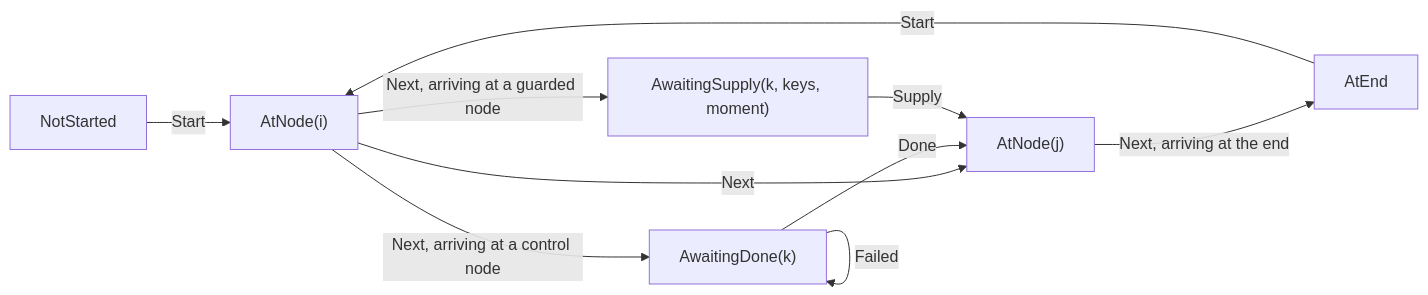
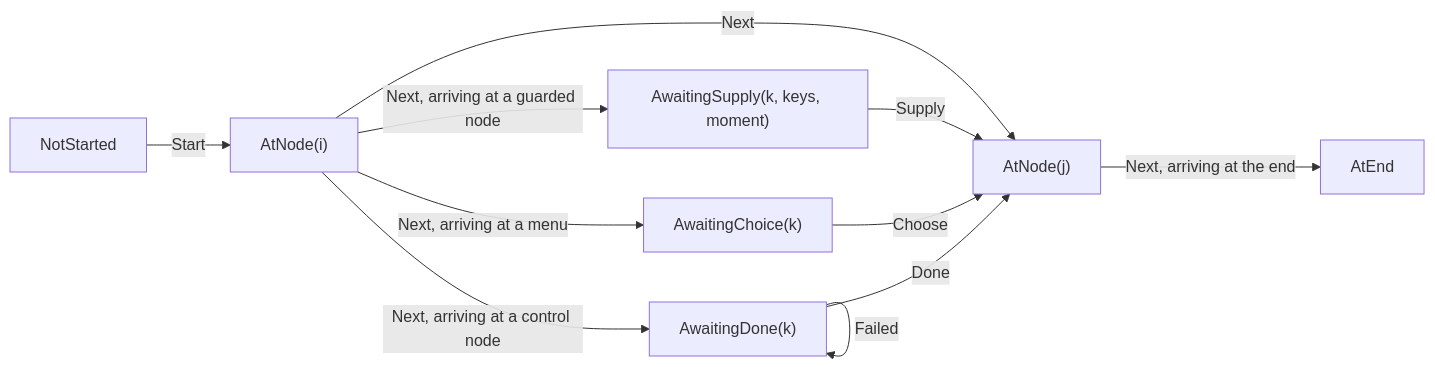
The first of 2 diagrams in docs/contributing/design-notes/runtime/Runner.md (pengzhengyi/dialoguedown), drawn with Mermaid before and after one commit. The commit also changed other lines of this file and 112 other files, not shown here.

First line of the commit message:
feat(runtime)!: offer a menu and take the player's choice (#566)

````diff
--- a/docs/contributing/design-notes/runtime/Runner.md
+++ b/docs/contributing/design-notes/runtime/Runner.md
@@ -76,12 +80,13 @@
 ```mermaid
 flowchart LR
     NS["NotStarted"] -->|Start| AT["AtNode(i)"]
     AT -->|Next| AT2["AtNode(j)"]
+    AT -->|"Next, arriving at a guarded node"| AS["AwaitingSupply(k, keys, moment)"]
+    AT -->|"Next, arriving at a menu"| AC["AwaitingChoice(k)"]
     AT -->|"Next, arriving at a control node"| AD["AwaitingDone(k)"]
+    AS -->|Supply| AT2
+    AC -->|Choose| AT2
     AD -->|Done| AT2
     AD -->|Failed| AD
-    AT -->|"Next, arriving at a guarded node"| AS["AwaitingSupply(k, keys, moment)"]
-    AS -->|Supply| AT2
     AT2 -->|"Next, arriving at the end"| END["AtEnd"]
-    END -->|Start| AT
 ```
````
